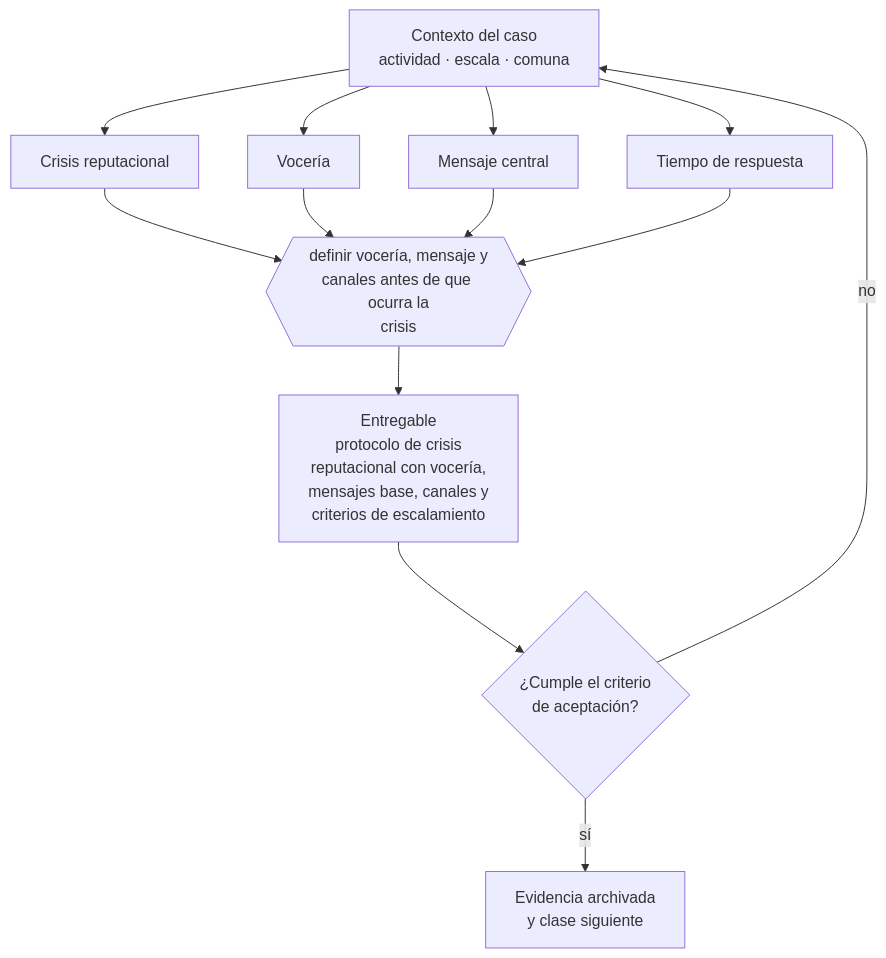
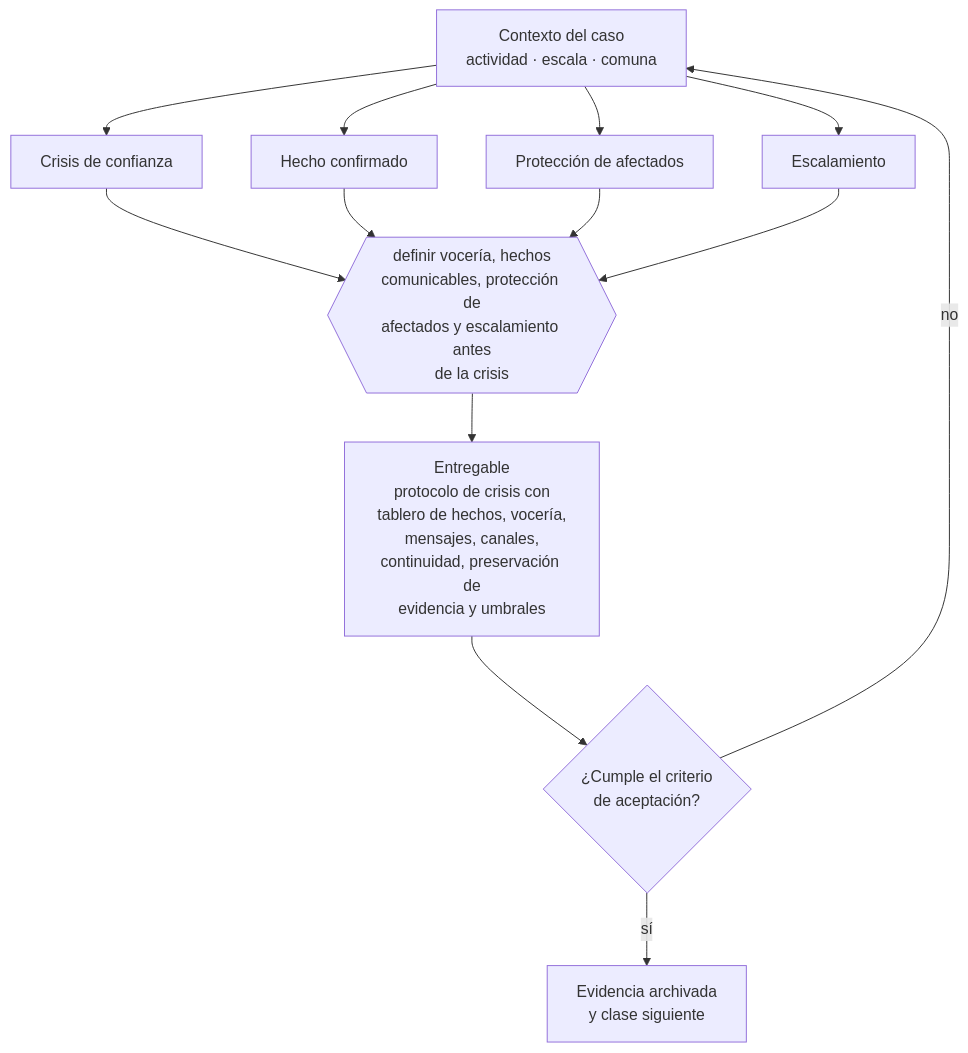
Before and after one commit to vladimiracunadev-create/modern-business-creation-program: the diagram in curriculum/part-21-crisis-continuidad-insolvencia-y-recuperacion/class-04-gestion-de-crisis-reputacional/README.md, drawn with Mermaid. The commit also changed other lines of this file and 32 other files, not shown here.

````diff
--- a/curriculum/part-21-crisis-continuidad-insolvencia-y-recuperacion/class-04-gestion-de-crisis-reputacional/README.md
+++ b/curriculum/part-21-crisis-continuidad-insolvencia-y-recuperacion/class-04-gestion-de-crisis-reputacional/README.md
@@ -34,13 +34,13 @@
 ```mermaid
 flowchart TB
     C["Contexto del caso<br/>actividad · escala · comuna"]
-    C --> A1["Crisis reputacional"]
-    C --> A2["Vocería"]
-    C --> A3["Mensaje central"]
-    C --> A4["Tiempo de respuesta"]
-    A1 & A2 & A3 & A4 --> D{{"definir vocería, mensaje y<br/>canales antes de que ocurra la<br/>crisis"}}
-    D --> E["Entregable<br/>protocolo de crisis<br/>reputacional con vocería,<br/>mensajes base, canales y<br/>criterios de escalamiento"]
+    C --> A1["Crisis de confianza"]
+    C --> A2["Hecho confirmado"]
+    C --> A3["Protección de afectados"]
+    C --> A4["Escalamiento"]
+    A1 & A2 & A3 & A4 --> D{{"definir vocería, hechos<br/>comunicables, protección de<br/>afectados y escalamiento antes<br/>de la crisis"}}
+    D --> E["Entregable<br/>protocolo de crisis con<br/>tablero de hechos, vocería,<br/>mensajes, canales,<br/>continuidad, preservación de<br/>evidencia y umbrales"]
     E --> V{"¿Cumple el criterio<br/>de aceptación?"}
     V -->|sí| S["Evidencia archivada<br/>y clase siguiente"]
     V -->|no| C
 ```
````
